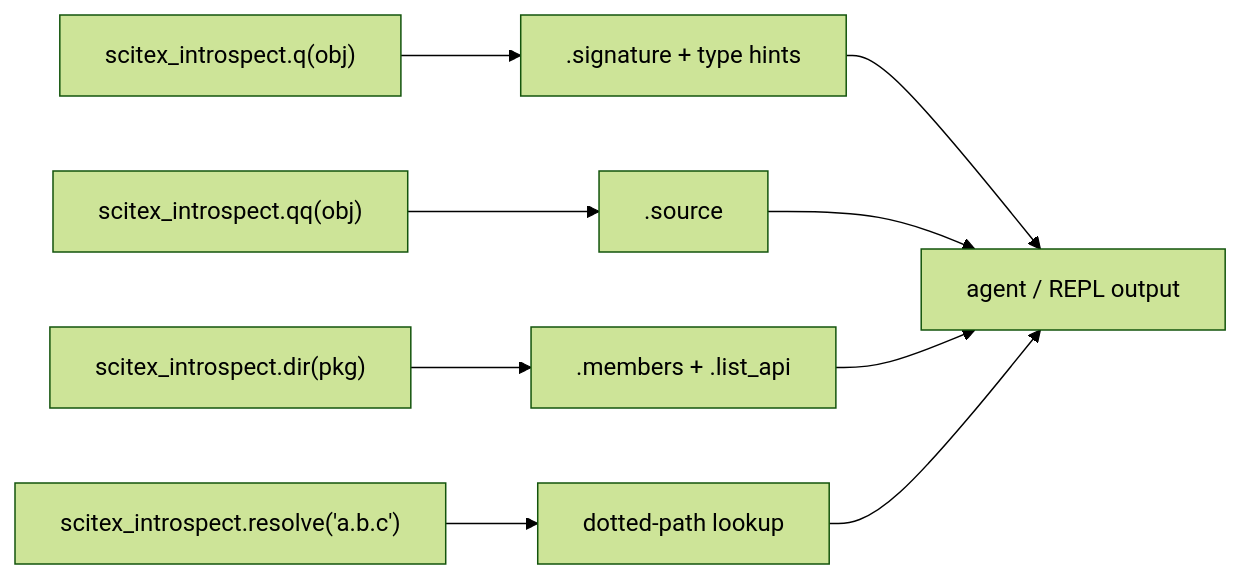
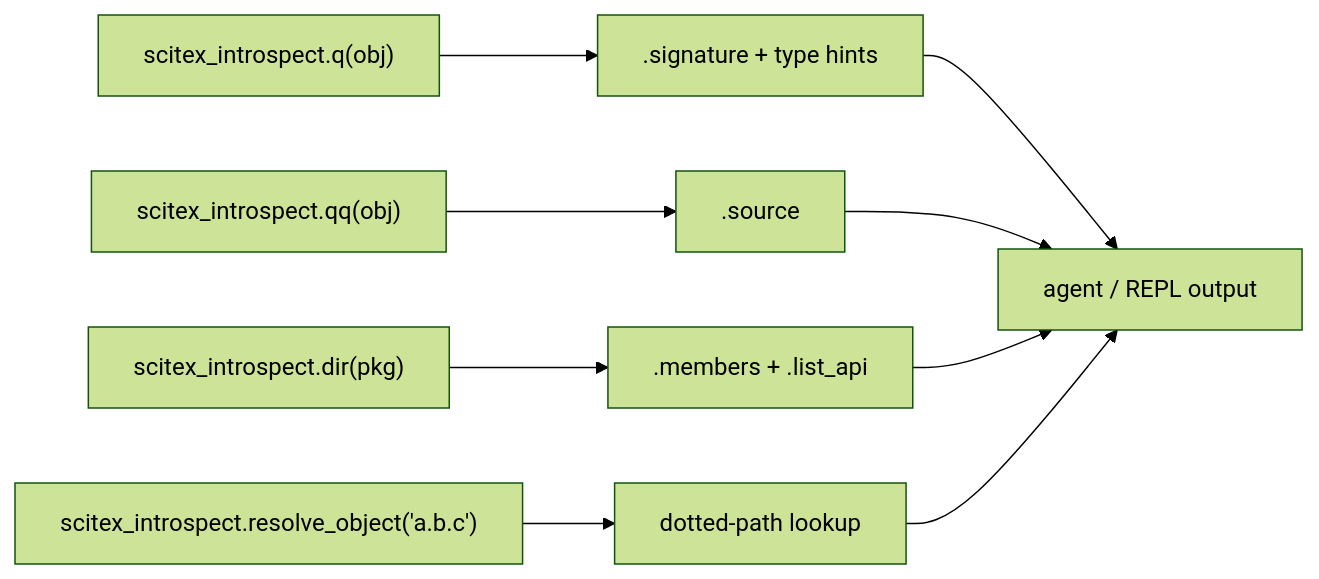
The diagram in README.md (ywatanabe1989/scitex-introspect), drawn with Mermaid (forest theme) before and after one commit. The commit also changed other lines of this file and 4 other files, not shown here.

````diff
--- a/README.md
+++ b/README.md
@@ -104,8 +108,8 @@
 ```mermaid
 flowchart LR
     A["scitex_introspect.q(obj)"] --> B[".signature + type hints"]
     A2["scitex_introspect.qq(obj)"] --> C[".source"]
     A3["scitex_introspect.dir(pkg)"] --> D[".members + .list_api"]
-    A4["scitex_introspect.resolve('a.b.c')"] --> E["dotted-path lookup"]
+    A4["scitex_introspect.resolve_object('a.b.c')"] --> E["dotted-path lookup"]
     B & C & D & E --> F["agent / REPL output"]
 ```
````
